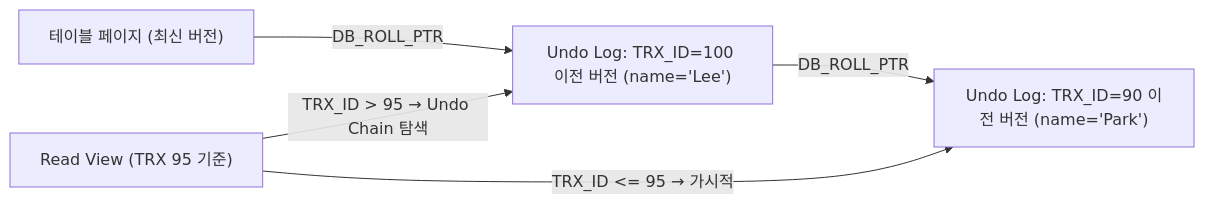
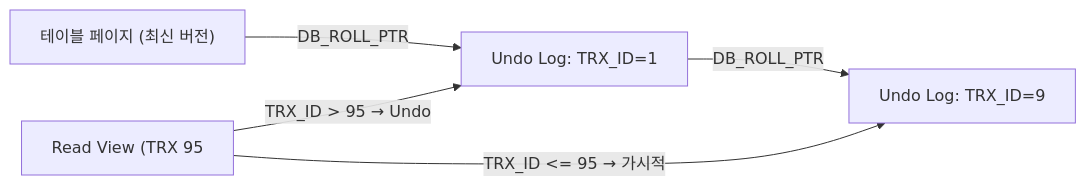
One commit to yjkim2015/yjkim2015.github.io changed the seventh of 15 diagrams in _posts/db/2026-05-01-db-comparison.md. Above: the diagram before and after it, drawn with Mermaid. The commit also changed other lines of this file and 271 other files, not shown here.

First line of the commit message:
Mermaid 라벨 축소: 긴 노드 텍스트 18자 이하로 트림 + \n 제거

````diff
--- a/_posts/db/2026-05-01-db-comparison.md
+++ b/_posts/db/2026-05-01-db-comparison.md
@@ -151,7 +151,7 @@
 ```mermaid
 graph LR
-    A["테이블 페이지 (최신 버전)"] -->|"DB_ROLL_PTR"| B["Undo Log: TRX_ID=100 이전 버전 (name='Lee')"]
-    B -->|"DB_ROLL_PTR"| C["Undo Log: TRX_ID=90 이전 버전 (name='Park')"]
-    D["Read View (TRX 95 기준)"] -->|"TRX_ID > 95 → Undo Chain 탐색"| B
+    A["테이블 페이지 (최신 버전)"] -->|"DB_ROLL_PTR"| B["Undo Log: TRX_ID=1"]
+    B -->|"DB_ROLL_PTR"| C["Undo Log: TRX_ID=9"]
+    D["Read View (TRX 95"] -->|"TRX_ID > 95 → Undo"| B
     D -->|"TRX_ID <= 95 → 가시적"| C
 ```
````
